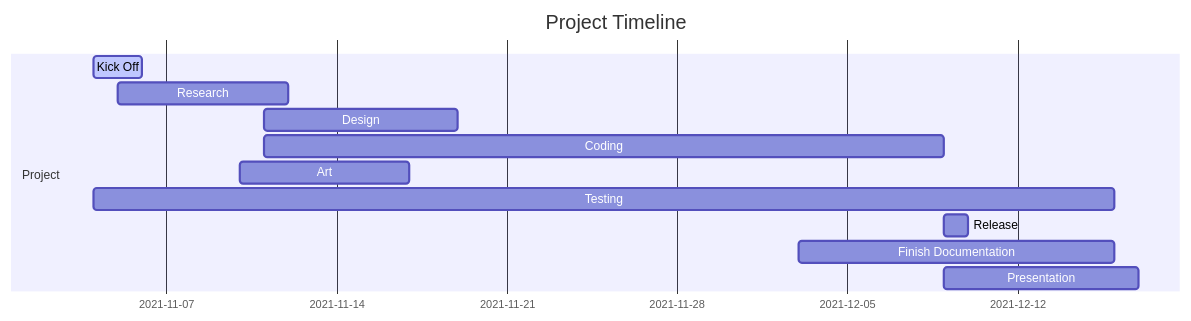
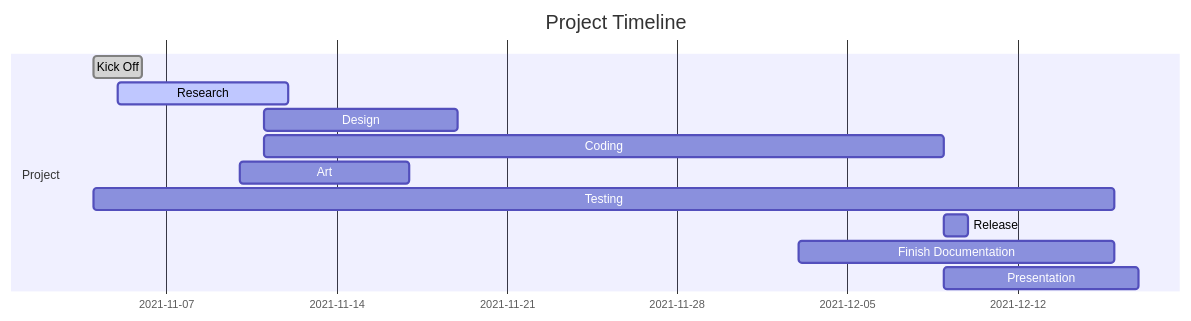
The first of 7 diagrams in docs/ProjectPlan.md (IlkkaTakala/Eril-Engine), drawn with Mermaid before and after one commit. The commit also changed other lines of this file and 2 other files, not shown here.

Commit message:
Updated timelines and added readme

````diff
--- a/docs/ProjectPlan.md
+++ b/docs/ProjectPlan.md
@@ -46,16 +46,16 @@
 ```mermaid
 gantt
 dateFormat  DD-MM
 title Project Timeline
 
 section Project
-Kick Off                :active,  des1, 04-11, 2d
-Research                :         des2, 05-11, 12-11
+Kick Off                :done,    des1, 04-11, 2d
+Research                :active,  des2, 05-11, 12-11
 Design                  :         des3, 11-11, 19-11
 Coding                  :         des4, 11-11, 09-12
 Art                     :         des4, 10-11, 17-11
 Testing                 :         des4, 04-11, 16-12
 Release                 :         des4, 09-12, 10-12
 Finish Documentation    :         des4, 03-12, 16-12
 Presentation            :         des4, 09-12, 17-12
 ```
````
